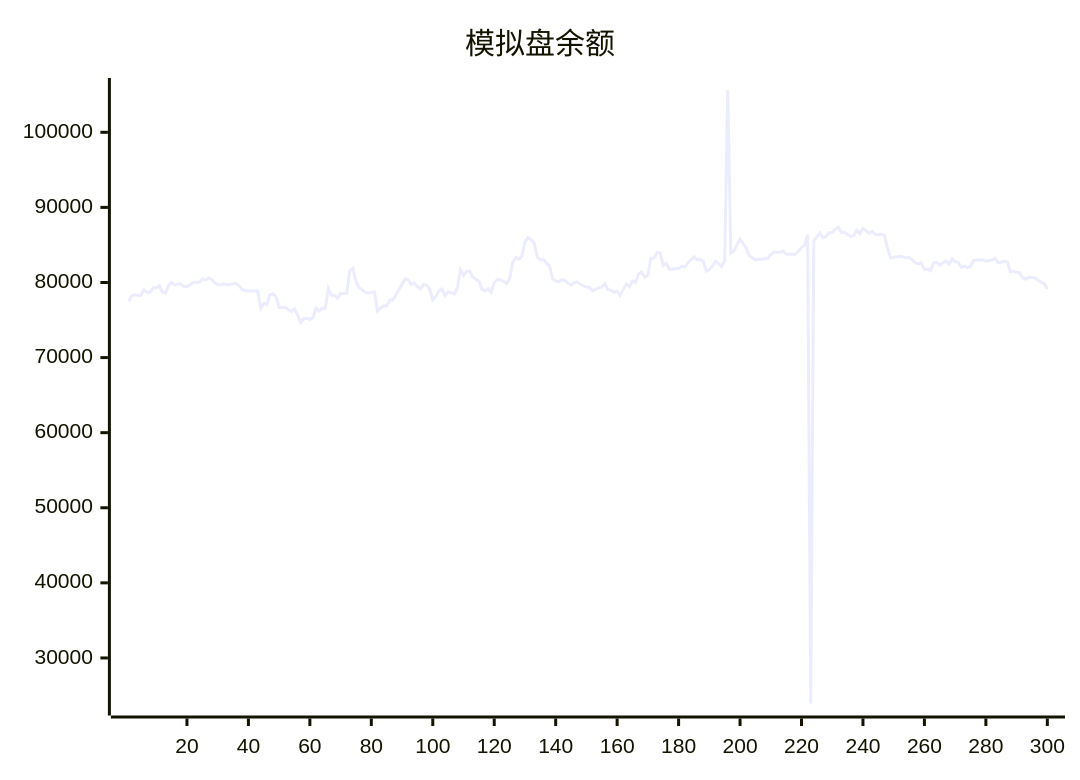
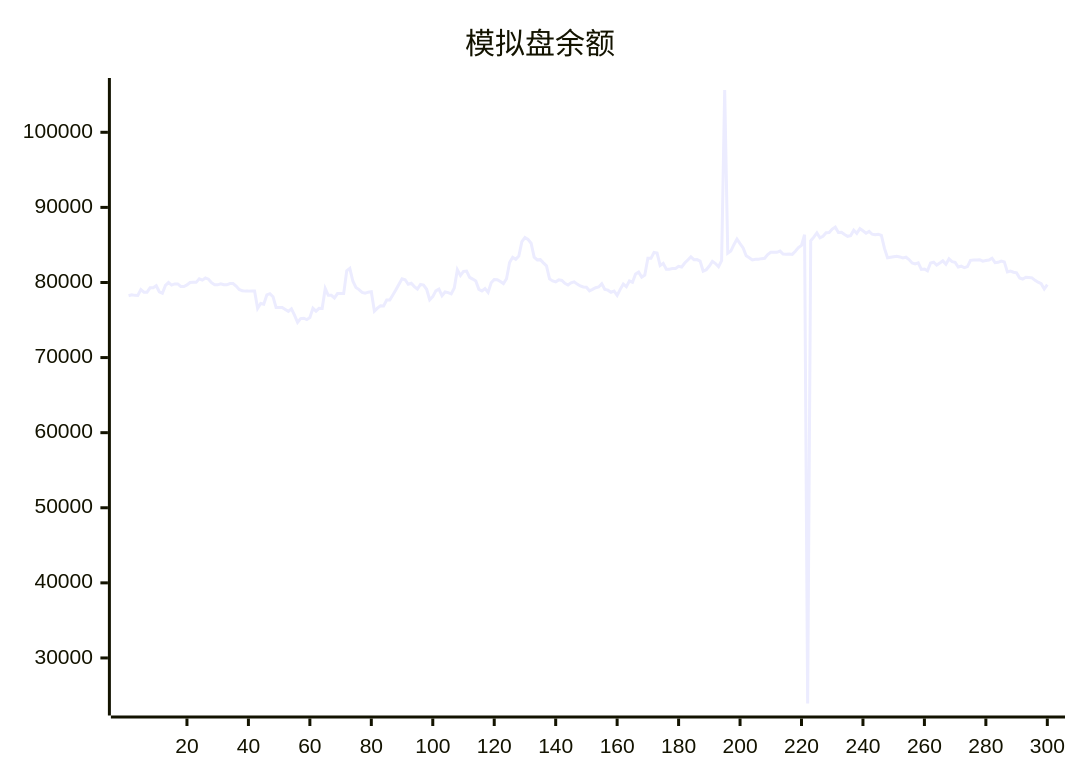
Before and after one commit to aahl/ai-trading: the diagram in README.md, drawn with Mermaid. The commit also changed other lines of this file and 1 other file, not shown here.

````diff
--- a/README.md
+++ b/README.md
@@ -5,5 +5,5 @@
 ```mermaid
 xychart
     title "模拟盘余额"
-    line [77504,78235,78358,78284,78277,79048,78714,78714,79290,79308,79567,78763,78563,79603,79988,79652,79813,79813,79476,79469,79673,79995,80015,80015,80486,80314,80600,80436,79966,79689,79689,79819,79692,79692,79850,79850,79518,79071,78889,78850,78850,78878,78878,76554,77202,77103,78357,78510,78106,76678,76677,76672,76411,76159,76485,75656,74695,75197,75246,75052,75334,76564,76179,76553,76551,79196,78300,78300,77944,78531,78531,78521,81564,81884,80160,79335,79055,78675,78580,78708,78764,76179,76586,76902,76876,77658,77669,78346,79023,79769,80497,80366,79761,79896,79448,79126,79749,79658,79097,77695,78114,78888,79126,78249,78738,78653,78478,79271,81680,80923,81488,81527,80681,80455,80190,79084,78879,79193,78686,79954,80403,80374,80118,79848,80491,82665,83351,83098,83525,85430,85983,85737,85221,83378,83014,83043,82613,82216,80477,80208,80081,80348,80277,79894,79670,79965,80093,79786,79542,79406,79371,78893,79087,79304,79406,79841,79072,78978,78696,78846,78272,79085,79787,79442,80198,80031,81120,81379,80718,80985,83214,83212,83993,83921,82270,82547,81776,81776,81866,81866,82158,82061,82596,83000,83408,83041,83050,82858,81503,81691,82188,82812,82517,82092,82901,105633,83898,84180,85030,85781,85178,84604,83569,83298,83008,83093,83107,83175,83228,83729,84025,84017,84019,84177,83775,83762,83785,83738,84160,84639,84939,86370,23934,85548,86046,86599,85942,86161,86622,86664,87115,87369,86666,86685,86384,86152,86243,86969,86548,87164,86885,86566,86809,86427,86348,86417,86273,84538,83299,83369,83430,83490,83404,83270,83362,83056,82605,82459,82614,81734,81788,81551,82598,82702,82320,82580,82878,82426,83139,82778,82686,82056,82166,81963,82110,82951,82983,82984,83038,82838,82915,82998,83235,82642,82682,82858,82746,81396,81512,81362,81277,80600,80461,80699,80673,80616,80288,80038,79836,79142]
+    line [78235,78358,78284,78277,79048,78714,78714,79290,79308,79567,78763,78563,79603,79988,79652,79813,79813,79476,79469,79673,79995,80015,80015,80486,80314,80600,80436,79966,79689,79689,79819,79692,79692,79850,79850,79518,79071,78889,78850,78850,78878,78878,76554,77202,77103,78357,78510,78106,76678,76677,76672,76411,76159,76485,75656,74695,75197,75246,75052,75334,76564,76179,76553,76551,79196,78300,78300,77944,78531,78531,78521,81564,81884,80160,79335,79055,78675,78580,78708,78764,76179,76586,76902,76876,77658,77669,78346,79023,79769,80497,80366,79761,79896,79448,79126,79749,79658,79097,77695,78114,78888,79126,78249,78738,78653,78478,79271,81680,80923,81488,81527,80681,80455,80190,79084,78879,79193,78686,79954,80403,80374,80118,79848,80491,82665,83351,83098,83525,85430,85983,85737,85221,83378,83014,83043,82613,82216,80477,80208,80081,80348,80277,79894,79670,79965,80093,79786,79542,79406,79371,78893,79087,79304,79406,79841,79072,78978,78696,78846,78272,79085,79787,79442,80198,80031,81120,81379,80718,80985,83214,83212,83993,83921,82270,82547,81776,81776,81866,81866,82158,82061,82596,83000,83408,83041,83050,82858,81503,81691,82188,82812,82517,82092,82901,105633,83898,84180,85030,85781,85178,84604,83569,83298,83008,83093,83107,83175,83228,83729,84025,84017,84019,84177,83775,83762,83785,83738,84160,84639,84939,86370,23934,85548,86046,86599,85942,86161,86622,86664,87115,87369,86666,86685,86384,86152,86243,86969,86548,87164,86885,86566,86809,86427,86348,86417,86273,84538,83299,83369,83430,83490,83404,83270,83362,83056,82605,82459,82614,81734,81788,81551,82598,82702,82320,82580,82878,82426,83139,82778,82686,82056,82166,81963,82110,82951,82983,82984,83038,82838,82915,82998,83235,82642,82682,82858,82746,81396,81512,81362,81277,80600,80461,80699,80673,80616,80288,80038,79836,79142,79722]
 ```
````
